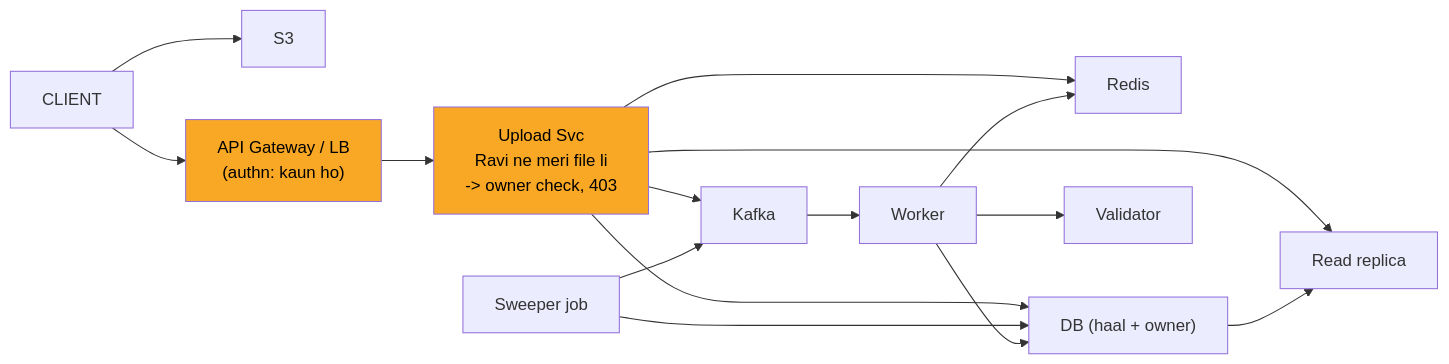
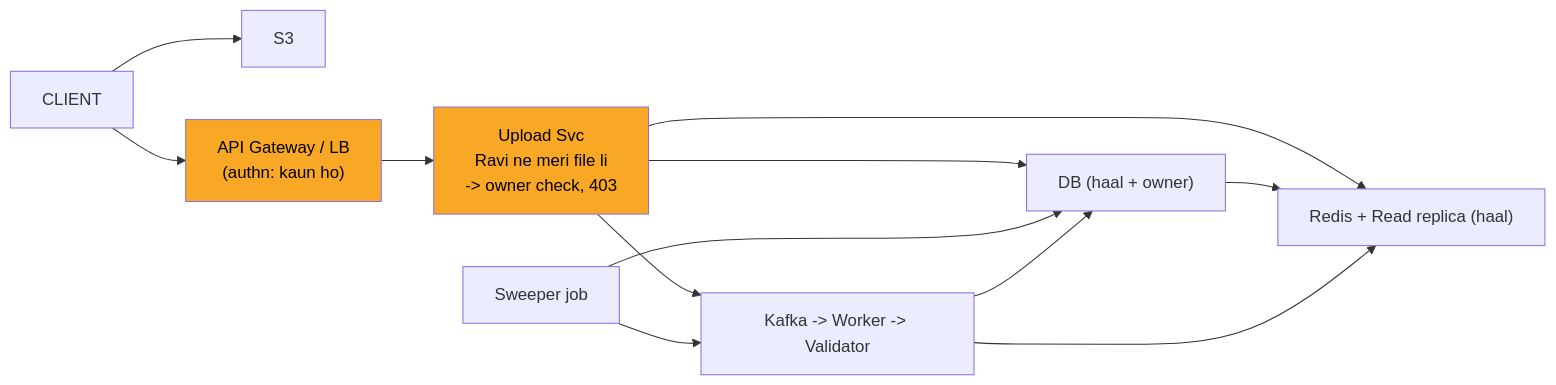
One commit to ArpanMaheshwari144/Prep changed the eighth of 11 diagrams in 04_HLD/SYSTEM_DESIGNS/07_file_upload_validate_system/07_file_upload_INTERVIEW.md. Above: the diagram before and after it, drawn with Mermaid. The commit also changed other lines of this file and 11 other files, not shown here.

Commit message:
hld: card diagrams max 8 boxes (App x N, merged stores/chains; full diagram only in AAKHRI DABBA)

````diff
--- a/04_HLD/SYSTEM_DESIGNS/07_file_upload_validate_system/07_file_upload_INTERVIEW.md
+++ b/04_HLD/SYSTEM_DESIGNS/07_file_upload_validate_system/07_file_upload_INTERVIEW.md
@@ -323,30 +312,24 @@
 ```mermaid
 flowchart LR
     n_CLIENT["CLIENT"]
     n_S3["S3"]
     n_API_Gateway_LB["API Gateway / LB<br/>(authn: kaun ho)"]
     n_Upload_Svc["Upload Svc<br/>Ravi ne meri file li<br/>-> owner check, 403"]
-    n_Redis["Redis"]
+    n_RC["Redis + Read replica (haal)"]
     n_DB["DB (haal + owner)"]
-    n_Read_replica["Read replica"]
     n_Sweeper_job["Sweeper job"]
-    n_Kafka["Kafka"]
-    n_Worker["Worker"]
-    n_Validator["Validator"]
+    n_CHAIN["Kafka -> Worker -> Validator"]
     n_CLIENT --> n_S3
     n_CLIENT --> n_API_Gateway_LB
     n_API_Gateway_LB --> n_Upload_Svc
-    n_Upload_Svc --> n_Redis
+    n_Upload_Svc --> n_RC
     n_Upload_Svc --> n_DB
-    n_Upload_Svc --> n_Read_replica
-    n_DB --> n_Read_replica
-    n_Upload_Svc --> n_Kafka
+    n_DB --> n_RC
+    n_Upload_Svc --> n_CHAIN
     n_Sweeper_job --> n_DB
-    n_Sweeper_job --> n_Kafka
-    n_Kafka --> n_Worker
-    n_Worker --> n_Validator
-    n_Worker --> n_DB
-    n_Worker --> n_Redis
+    n_Sweeper_job --> n_CHAIN
+    n_CHAIN --> n_DB
+    n_CHAIN --> n_RC
     style n_API_Gateway_LB fill:#f9a825,color:#000
     style n_Upload_Svc fill:#f9a825,color:#000
 ```
````
